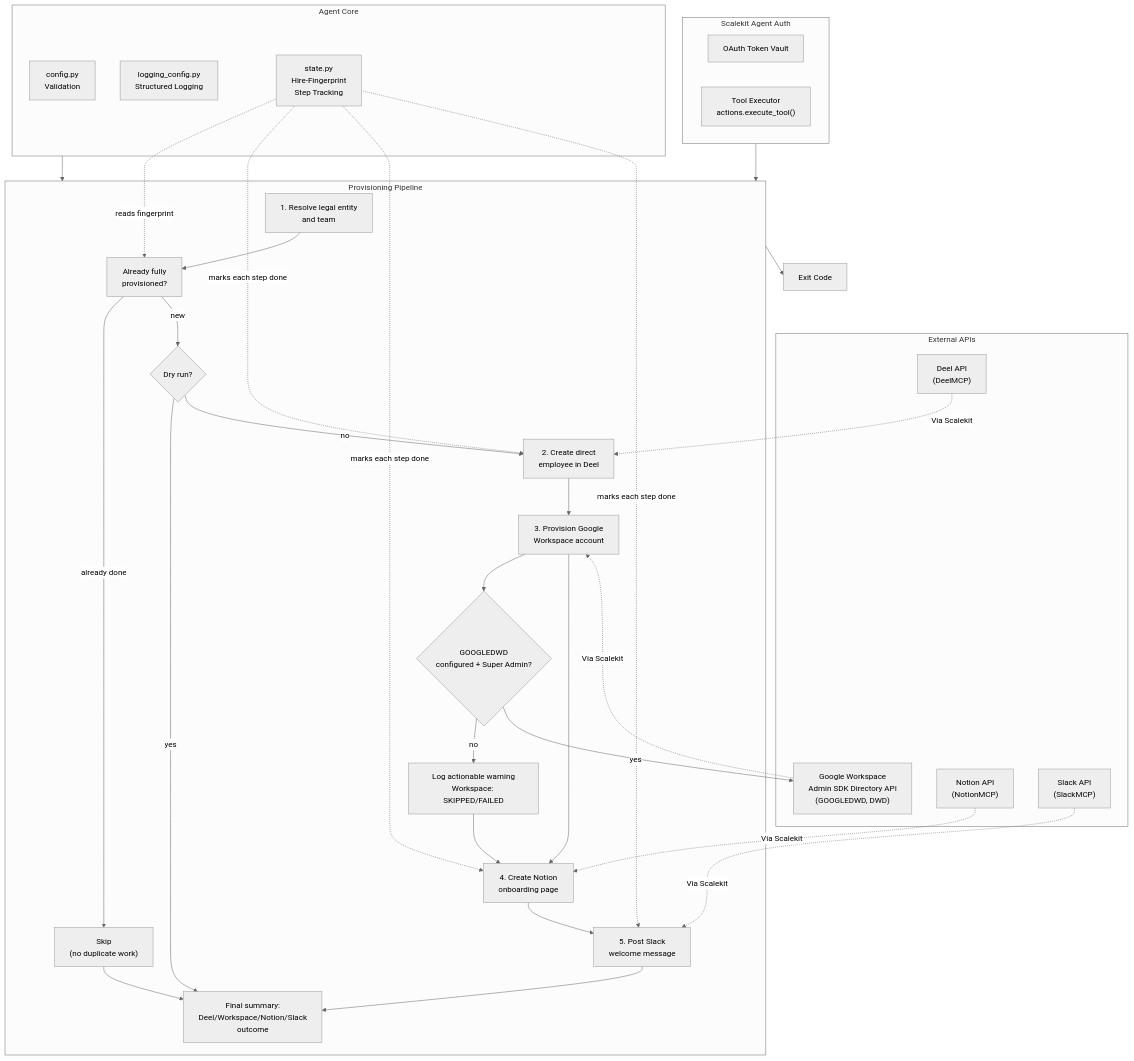
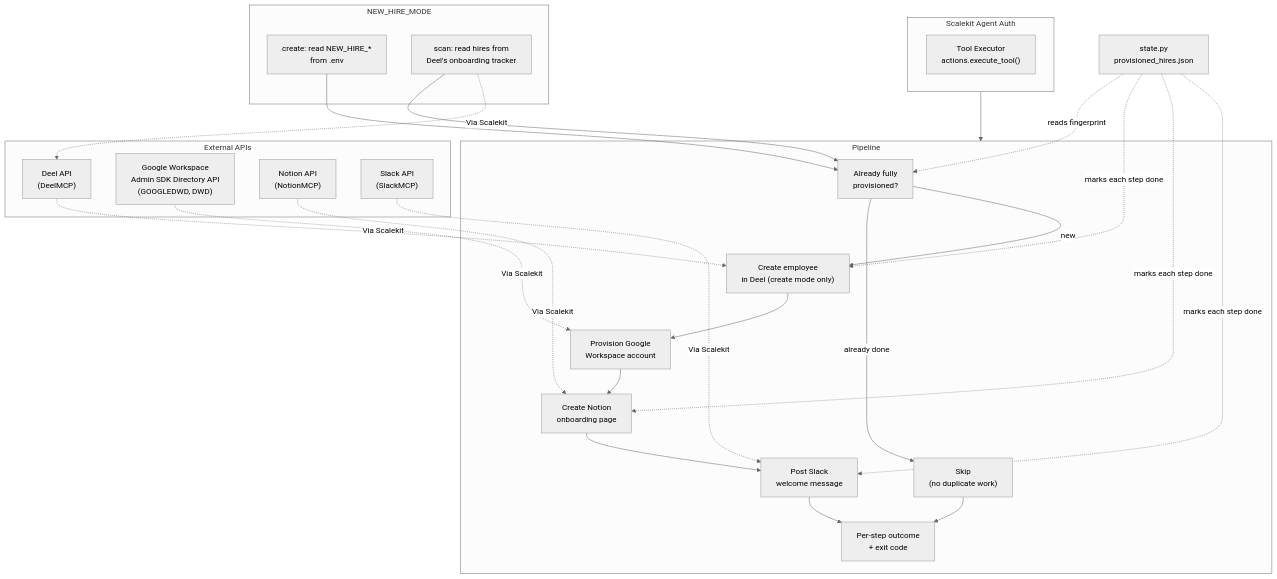
The diagram in new-hire-provisioning-agent/README.md (scalekit-developers/workflow-agents-demos), drawn with Mermaid (neutral theme) before and after one commit. The commit also changed other lines of this file, not shown here.

Commit message:
Refactor README.md to clarify new hire provisioning agent functionality and modes

````diff
--- a/new-hire-provisioning-agent/README.md
+++ b/new-hire-provisioning-agent/README.md
@@ -31,61 +25,51 @@
 ```mermaid
 graph TB
     subgraph External["External APIs"]
         DE["Deel API<br/>(DeelMCP)"]
         GW["Google Workspace<br/>Admin SDK Directory API<br/>(GOOGLEDWD, DWD)"]
         NO["Notion API<br/>(NotionMCP)"]
         SL["Slack API<br/>(SlackMCP)"]
     end
 
     subgraph Scalekit["Scalekit Agent Auth"]
-        OAUTH["OAuth Token Vault"]
         TOOLS["Tool Executor<br/>actions.execute_tool()"]
     end
 
-    subgraph Core["Agent Core"]
-        CONFIG["config.py<br/>Validation"]
-        LOGGING["logging_config.py<br/>Structured Logging"]
-        STATE["state.py<br/>Hire-Fingerprint<br/>Step Tracking"]
+    subgraph Modes["NEW_HIRE_MODE"]
+        CREATE["create: read NEW_HIRE_*<br/>from .env"]
+        SCAN["scan: read hires from<br/>Deel's onboarding tracker"]
     end
 
-    subgraph Pipeline["Provisioning Pipeline"]
-        R["1. Resolve legal entity<br/>and team"]
+    subgraph Pipeline["Pipeline"]
         FILTER["Already fully<br/>provisioned?"]
         SKIP["Skip<br/>(no duplicate work)"]
-        DRY{"Dry run?"}
-        DC["2. Create direct<br/>employee in Deel"]
-        W["3. Provision Google<br/>Workspace account"]
-        WCHECK{"GOOGLEDWD<br/>configured + Super Admin?"}
-        WSKIP["Log actionable warning<br/>Workspace: SKIPPED/FAILED"]
-        N["4. Create Notion<br/>onboarding page"]
-        S["5. Post Slack<br/>welcome message"]
-        SUMMARY["Final summary:<br/>Deel/Workspace/Notion/Slack<br/>outcome"]
+        DC["Create employee<br/>in Deel (create mode only)"]
+        W["Provision Google<br/>Workspace account"]
+        N["Create Notion<br/>onboarding page"]
+        S["Post Slack<br/>welcome message"]
+        SUMMARY["Per-step outcome<br/>+ exit code"]
     end
 
-    R --> FILTER
+    STATE["state.py<br/>provisioned_hires.json"]
+
+    CREATE --> FILTER
+    SCAN --> FILTER
     STATE -.->|reads fingerprint| FILTER
     FILTER -->|already done| SKIP
-    FILTER -->|new| DRY
-    DRY -->|yes| SUMMARY
-    DRY -->|no| DC
+    FILTER -->|new| DC
     DE -.->|Via Scalekit| DC
     DC --> W
-    W --> WCHECK
-    WCHECK -->|no| WSKIP
-    WCHECK -->|yes| GW
+    SCAN -.->|Via Scalekit| DE
+    W --> N
     GW -.->|Via Scalekit| W
-    WSKIP --> N
-    W --> N
+    N --> S
     NO -.->|Via Scalekit| N
-    N --> S
     SL -.->|Via Scalekit| S
     S --> SUMMARY
     SKIP --> SUMMARY
     STATE -.->|marks each step done| DC
     STATE -.->|marks each step done| N
     STATE -.->|marks each step done| S
 
     Scalekit --> Pipeline
-    Core --> Pipeline
-    Pipeline --> Output["Exit Code"]
 ```
````
